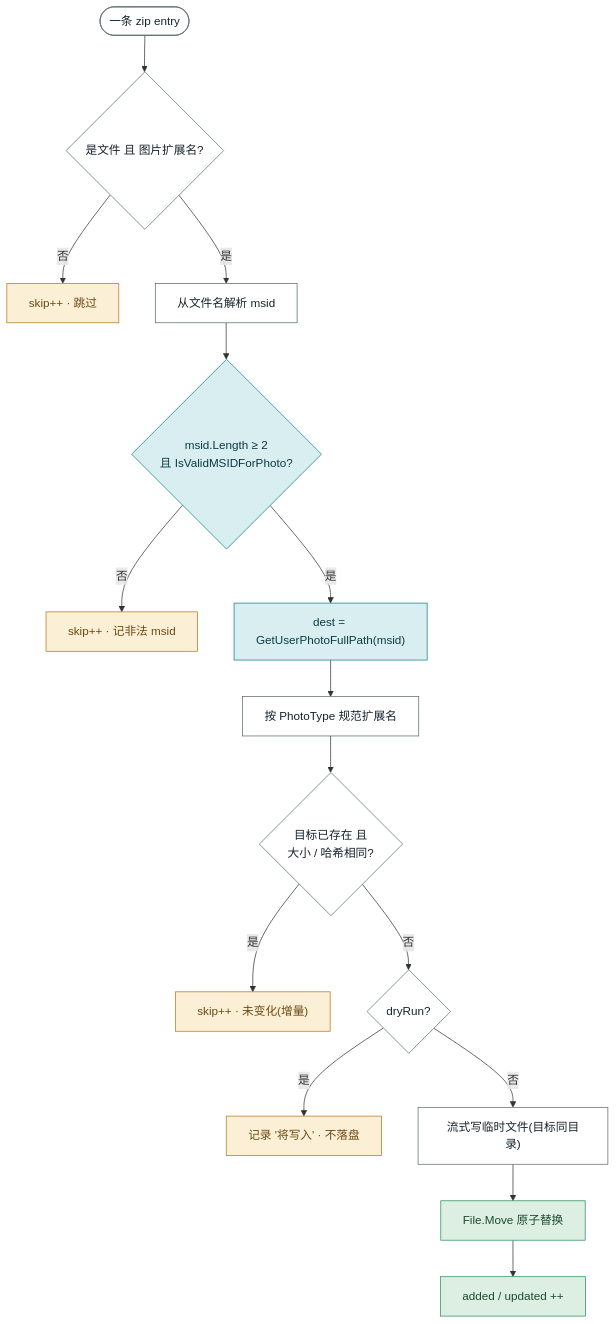
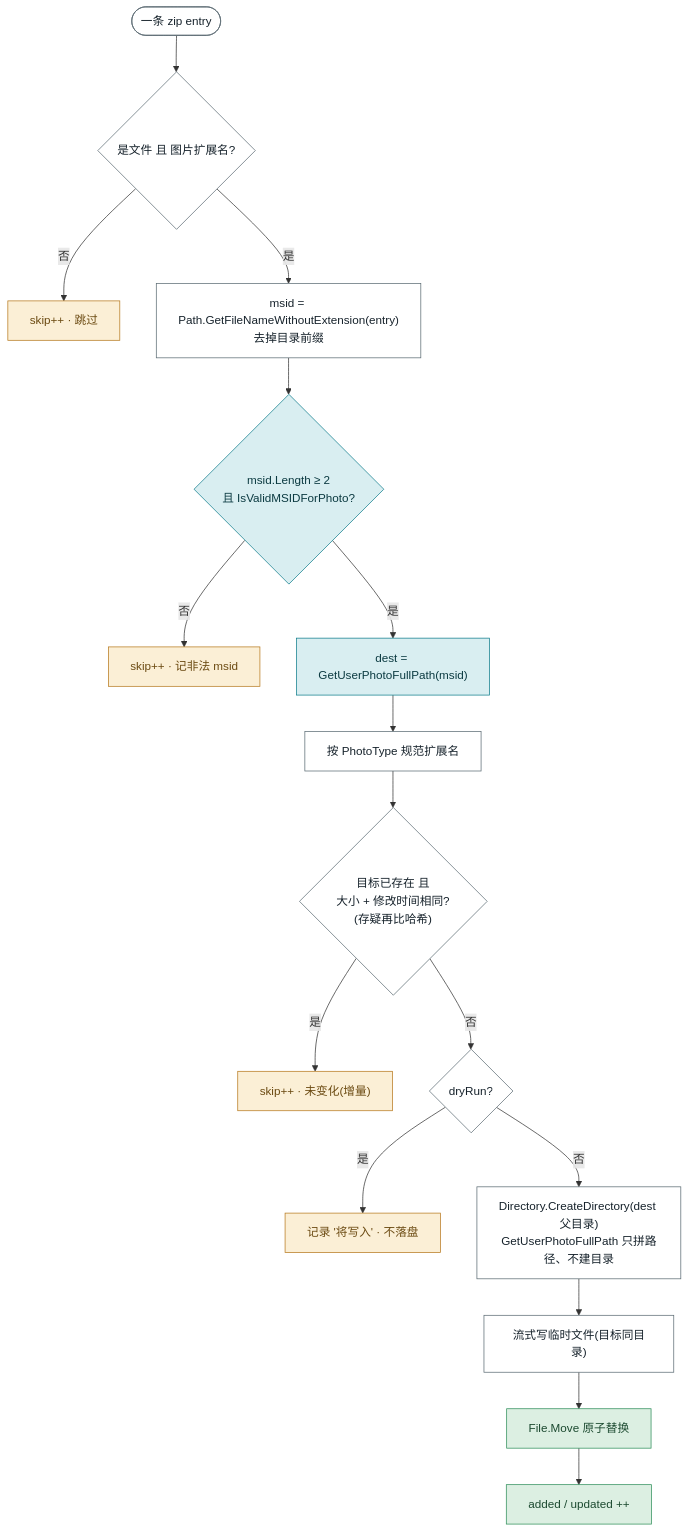
The third of 4 diagrams in PROD_DEPLOYMENT_RUNBOOK.md (autotestpoc123/test123), drawn with Mermaid before and after one commit. The commit also changed other lines of this file, not shown here.

````diff
--- a/PROD_DEPLOYMENT_RUNBOOK.md
+++ b/PROD_DEPLOYMENT_RUNBOOK.md
@@ -100,22 +102,23 @@
 ```mermaid
 flowchart TD
   E(["一条 zip entry"]):::new --> F{"是文件 且 图片扩展名?"}:::new
   F -- 否 --> S1["skip++ · 跳过"]:::warn
-  F -- 是 --> M["从文件名解析 msid"]:::new
+  F -- 是 --> M["msid = Path.GetFileNameWithoutExtension(entry)<br/>去掉目录前缀"]:::new
   M --> L{"msid.Length ≥ 2<br/>且 IsValidMSIDForPhoto?"}:::reuse
   L -- 否 --> S2["skip++ · 记非法 msid"]:::warn
   L -- 是 --> D["dest = GetUserPhotoFullPath(msid)"]:::reuse
   D --> XT["按 PhotoType 规范扩展名"]:::new
-  XT --> SM{"目标已存在 且<br/>大小 / 哈希相同?"}:::new
+  XT --> SM{"目标已存在 且<br/>大小 + 修改时间相同?<br/>(存疑再比哈希)"}:::new
   SM -- 是 --> S3["skip++ · 未变化(增量)"]:::warn
   SM -- 否 --> DR{"dryRun?"}:::new
   DR -- 是 --> LO["记录 '将写入' · 不落盘"]:::warn
-  DR -- 否 --> W["流式写临时文件(目标同目录)"]:::new
+  DR -- 否 --> MK["Directory.CreateDirectory(dest 父目录)<br/>GetUserPhotoFullPath 只拼路径、不建目录"]:::new
+  MK --> W["流式写临时文件(目标同目录)"]:::new
   W --> MV["File.Move 原子替换"]:::good
   MV --> CN["added / updated ++"]:::good
 
   classDef reuse fill:#d9eef1,stroke:#0f7d8c,color:#0b3a41;
   classDef new fill:#ffffff,stroke:#5b6b73,color:#16222b;
   classDef warn fill:#fbefd6,stroke:#b7791f,color:#6b4a12;
   classDef good fill:#dcefe2,stroke:#2f8f5b,color:#1c4a30;
 ```
````
